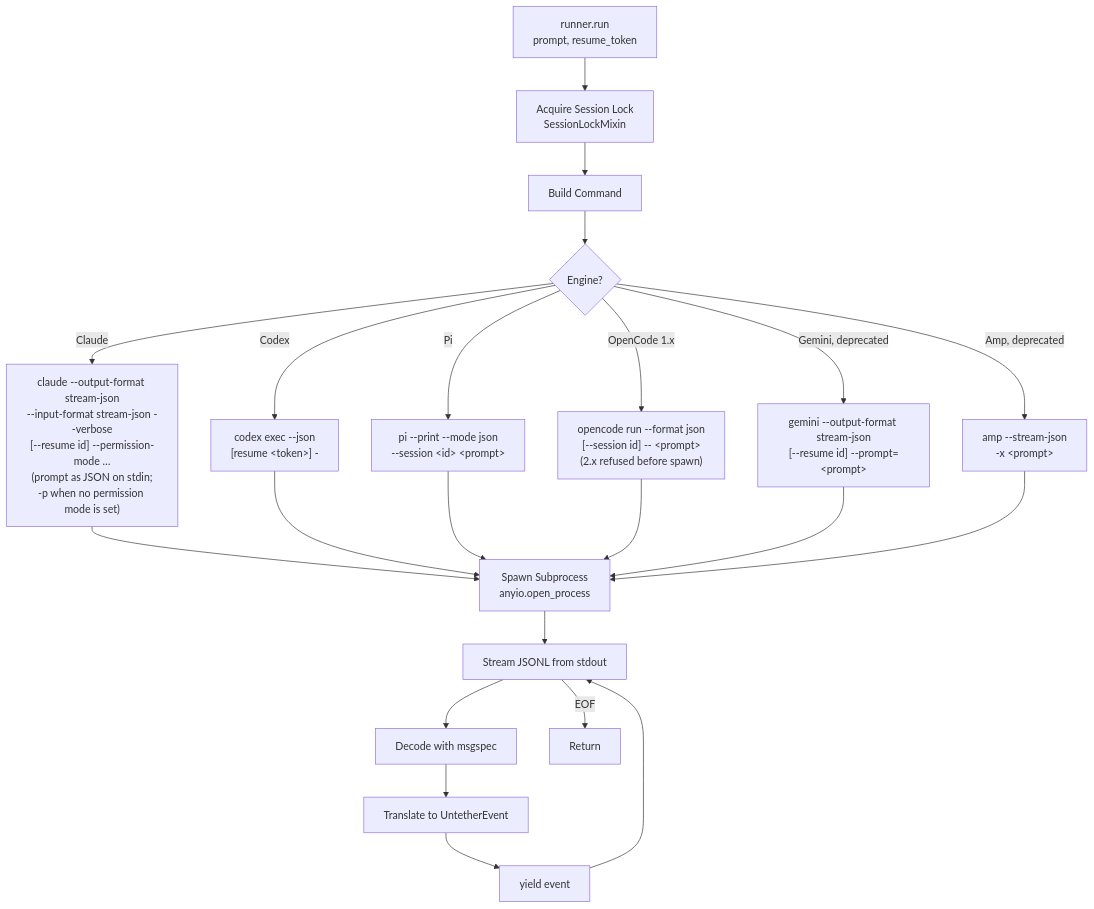
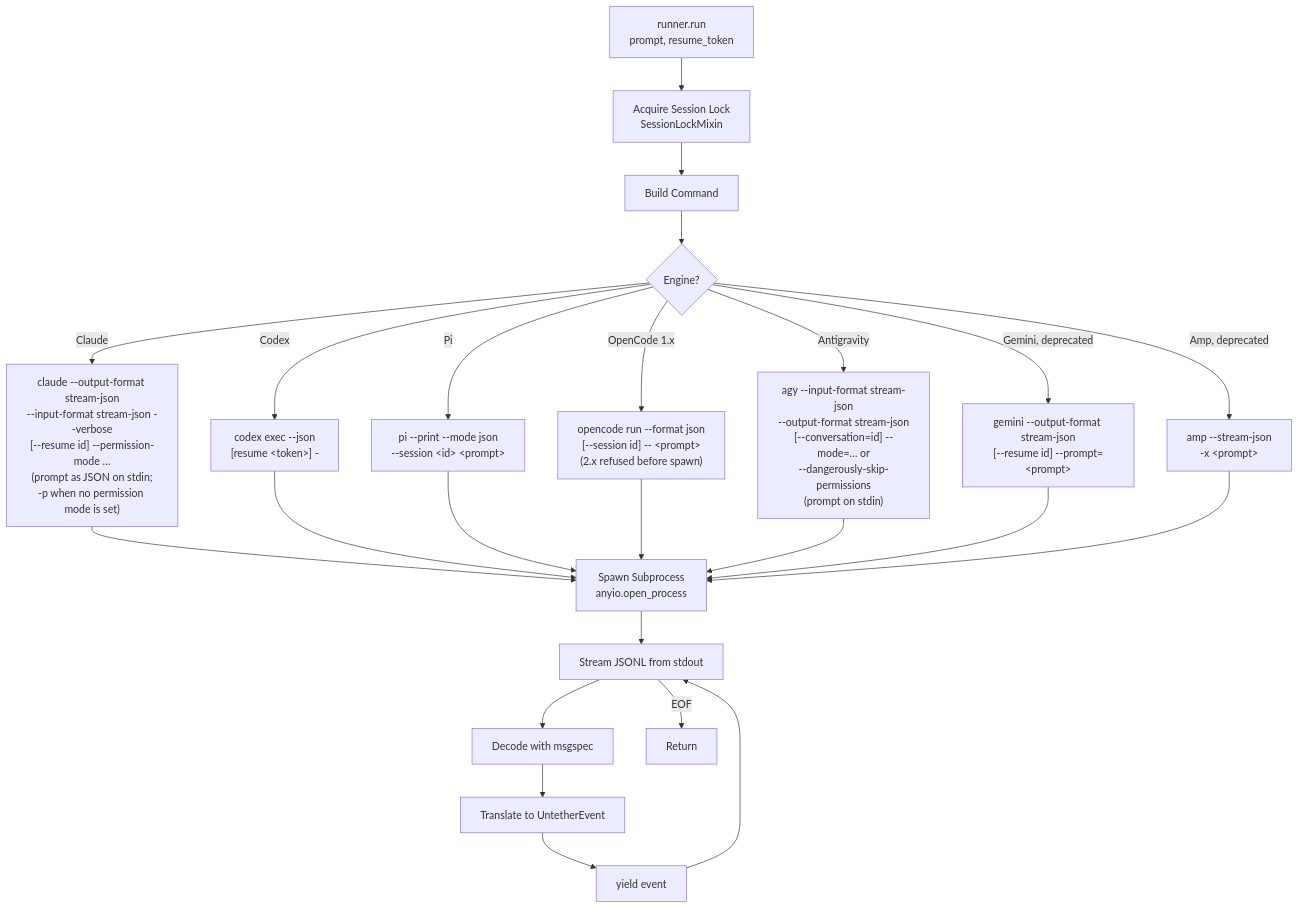
The fourth of 9 diagrams in docs/explanation/architecture.md (littlebearapps/untether), drawn with Mermaid before and after one commit. The commit also changed other lines of this file and 21 other files, not shown here.

````diff
--- a/docs/explanation/architecture.md
+++ b/docs/explanation/architecture.md
@@ -217,30 +217,32 @@
 ```mermaid
 flowchart TD
     A[runner.run\nprompt, resume_token] --> B[Acquire Session Lock<br/>SessionLockMixin]
 
     B --> C[Build Command]
 
     C --> D{Engine?}
     D -->|Claude| D1["claude --output-format stream-json<br/>--input-format stream-json --verbose<br/>[--resume id] --permission-mode …<br/>(prompt as JSON on stdin;<br/>-p when no permission mode is set)"]
     D -->|Codex| D2["codex exec --json<br/>[resume &lt;token&gt;] -"]
     D -->|Pi| D3["pi --print --mode json<br/>--session &lt;id&gt; &lt;prompt&gt;"]
     D -->|OpenCode 1.x| D4["opencode run --format json<br/>[--session id] -- &lt;prompt&gt;<br/>(2.x refused before spawn)"]
+    D -->|Antigravity| D7["agy --input-format stream-json<br/>--output-format stream-json<br/>[--conversation=id] --mode=… or<br/>--dangerously-skip-permissions<br/>(prompt on stdin)"]
     D -->|Gemini, deprecated| D5["gemini --output-format stream-json<br/>[--resume id] --prompt=&lt;prompt&gt;"]
     D -->|Amp, deprecated| D6["amp --stream-json<br/>-x &lt;prompt&gt;"]
 
     D1 --> E[Spawn Subprocess<br/>anyio.open_process]
     D2 --> E
     D3 --> E
     D4 --> E
+    D7 --> E
     D5 --> E
     D6 --> E
 
     E --> F[Stream JSONL from stdout]
 
     F --> G[Decode with msgspec]
     G --> H[Translate to UntetherEvent]
     H --> I[yield event]
     I --> F
 
     F -->|EOF| J[Return]
 ```
````
